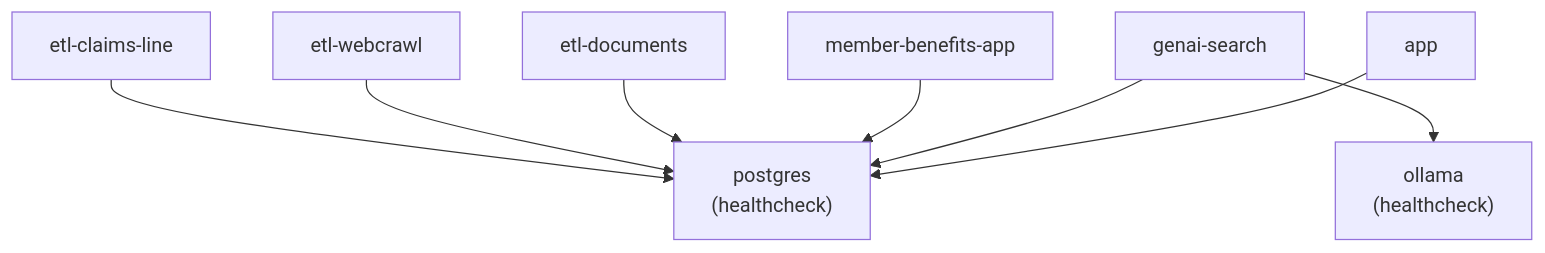
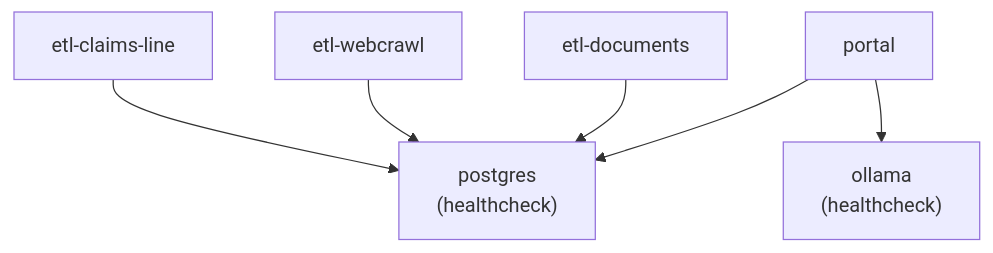
The second of 2 diagrams in docs/diagrams/system-architecture.md (sjackshaw/document-search), drawn with Mermaid before and after one commit. The commit also changed other lines of this file and 13 other files, not shown here.

````diff
--- a/docs/diagrams/system-architecture.md
+++ b/docs/diagrams/system-architecture.md
@@ -71,12 +88,10 @@
 ```mermaid
 graph TD
     postgres["postgres\n(healthcheck)"]
     ollama["ollama\n(healthcheck)"]
-    app["app"] --> postgres
-    genai["genai-search"] --> postgres
-    genai --> ollama
-    member["member-benefits-app"] --> postgres
+    portal["portal"] --> postgres
+    portal --> ollama
     etl_docs["etl-documents"] --> postgres
     etl_web["etl-webcrawl"] --> postgres
     etl_claims["etl-claims-line"] --> postgres
 ```
````
